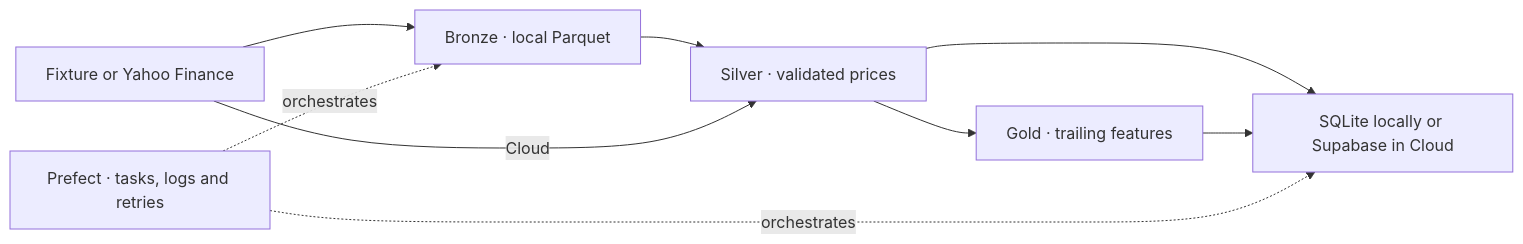
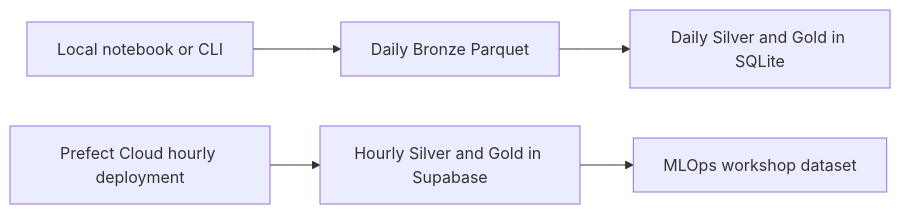
Before and after one commit to soloshun/market-data-ml-pipeline: the diagram in README.md, drawn with Mermaid. The commit also changed other lines of this file and 23 other files, not shown here.

Commit message:
refactor(workshop): organize ingestion and start MLOps handoff

````diff
--- a/README.md
+++ b/README.md
@@ -5,11 +13,7 @@
 ```mermaid
 flowchart LR
-    A["Fixture or Yahoo Finance"] --> B["Bronze · local Parquet"]
-    B --> C["Silver · validated prices"]
-    A -->|Cloud| C
-    C --> D["Gold · trailing features"]
-    C --> E["SQLite locally or Supabase in Cloud"]
-    D --> E
-    F["Prefect · tasks, logs and retries"] -. orchestrates .-> B
-    F -. orchestrates .-> E
+    A["Local notebook or CLI"] --> B["Daily Bronze Parquet"]
+    B --> C["Daily Silver and Gold in SQLite"]
+    D["Prefect Cloud hourly deployment"] --> E["Hourly Silver and Gold in Supabase"]
+    E --> F["MLOps workshop dataset"]
 ```
````
